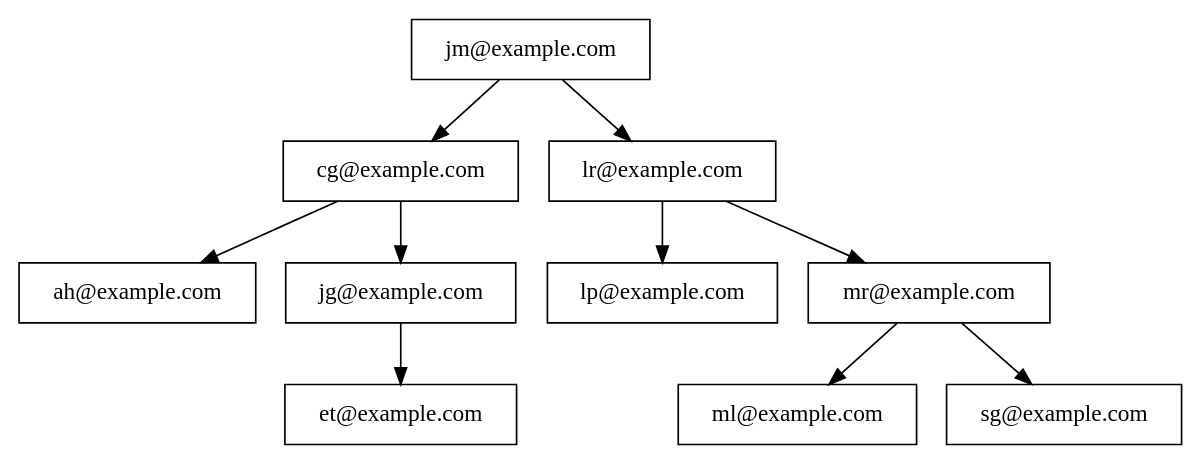
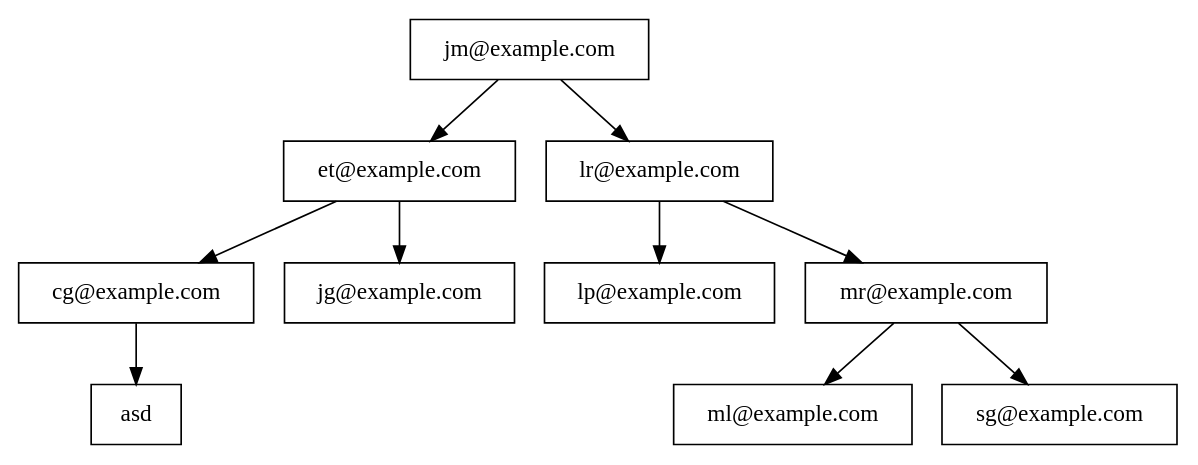
The diagram in Fase2/main/build/Desktop_Qt_6_7_2_MinGW_64_bit-Debug/Arbol_Usuarios.dot (Kevin-alvarez1/PROYECTO_MULTIFASES_RED_SOCIAL), drawn with Graphviz before and after one commit. The commit also changed 15 other files, not shown here.

```diff
--- a/Fase2/main/build/Desktop_Qt_6_7_2_MinGW_64_bit-Debug/Arbol_Usuarios.dot
+++ b/Fase2/main/build/Desktop_Qt_6_7_2_MinGW_64_bit-Debug/Arbol_Usuarios.dot
@@ -1,12 +1,12 @@
 digraph AVLTree {
     node [shape=record];
-    "jm@example.com" -> "cg@example.com";
+    "jm@example.com" -> "et@example.com";
     "jm@example.com" -> "lr@example.com";
-    "cg@example.com" -> "ah@example.com";
-    "cg@example.com" -> "jg@example.com";
-    "jg@example.com" -> "et@example.com";
+    "et@example.com" -> "cg@example.com";
+    "et@example.com" -> "jg@example.com";
+    "cg@example.com" -> "asd";
     "lr@example.com" -> "lp@example.com";
     "lr@example.com" -> "mr@example.com";
     "mr@example.com" -> "ml@example.com";
     "mr@example.com" -> "sg@example.com";
 }
```
